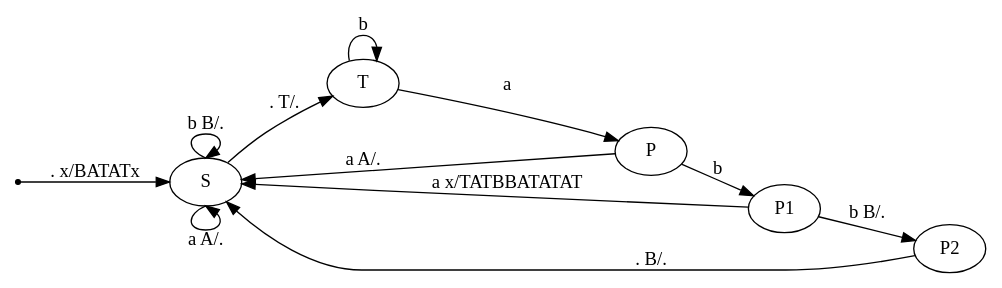
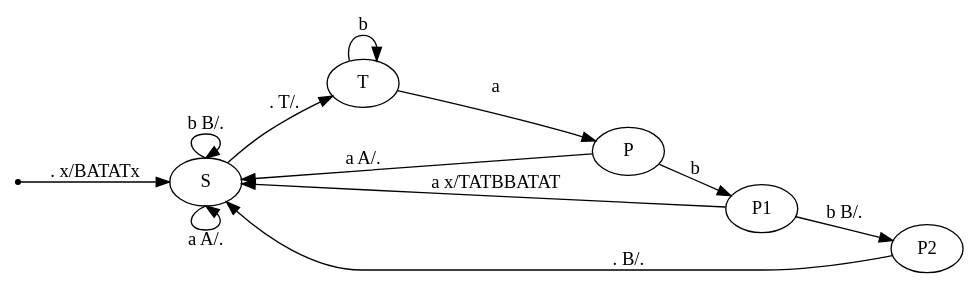
One commit to HumsterProgrammer/iu9-tfl-practice changed the third of 4 diagrams in Практика/РК1/Варианты/Вариант 3.md. Above: the diagram before and after it, drawn with Graphviz. The commit also changed other lines of this file, not shown here.

````diff
--- a/Практика/РК1/Варианты/Вариант 3.md
+++ b/Практика/РК1/Варианты/Вариант 3.md
@@ -95,20 +95,20 @@
 ```dot
 digraph{
 	rankdir=LR
 	point[shape=point]
 
 	T[label="T" ]
 
 	point -> S [label=". x/BATATx"]
 	S:n -> S:n [label="b B/."]
 	S:s -> S:s [label="a A/."]
 	S -> T [label=". T/."]
 	T -> T [label=b]
 	T -> P [label=a]
 	P -> S [label="a A/."]
 	P -> P1 [label="b"]
-	P1 -> S [label="a x/TATBBATATAT"]
+	P1 -> S [label="a x/TATBBATAT"]
 	P1 -> P2[label="b B/."]
 	P2 -> S [label=". B/."]
 }
 ```
````
